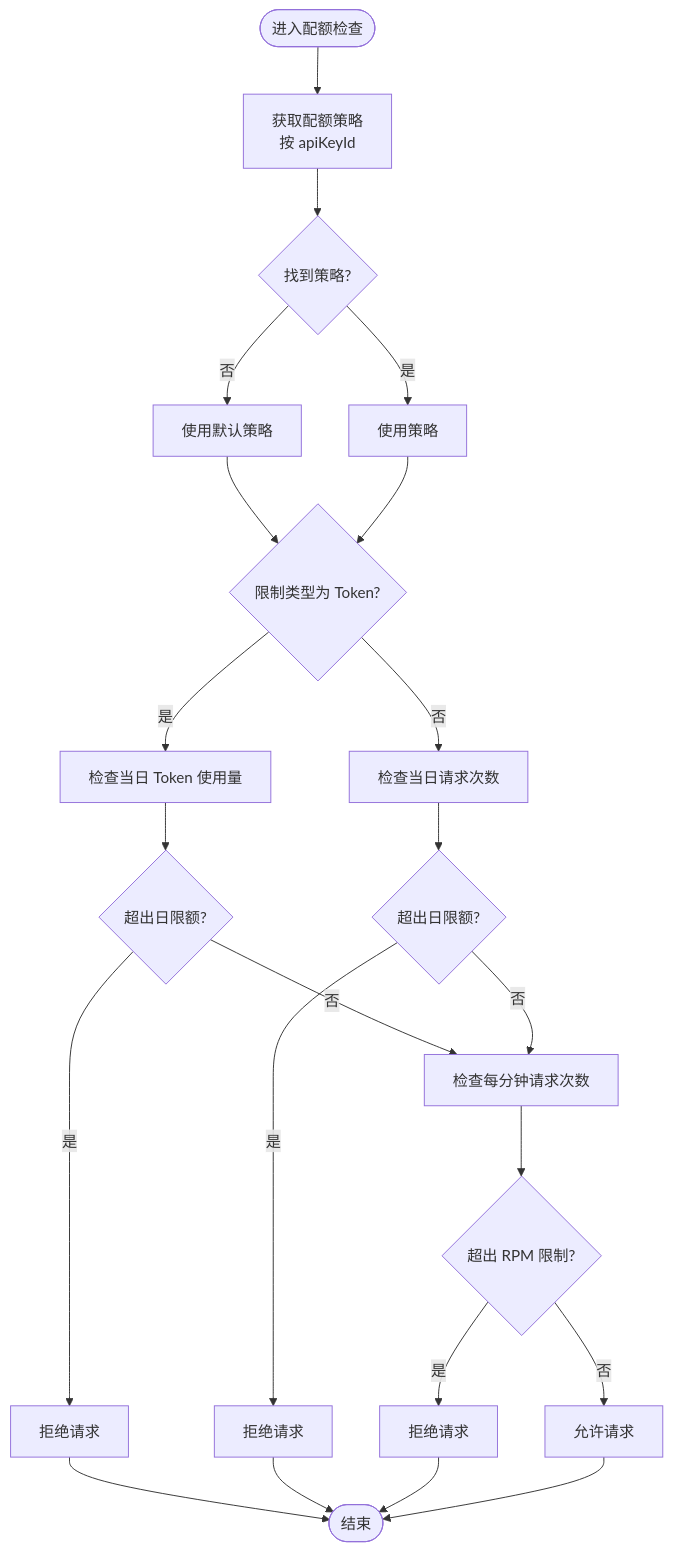
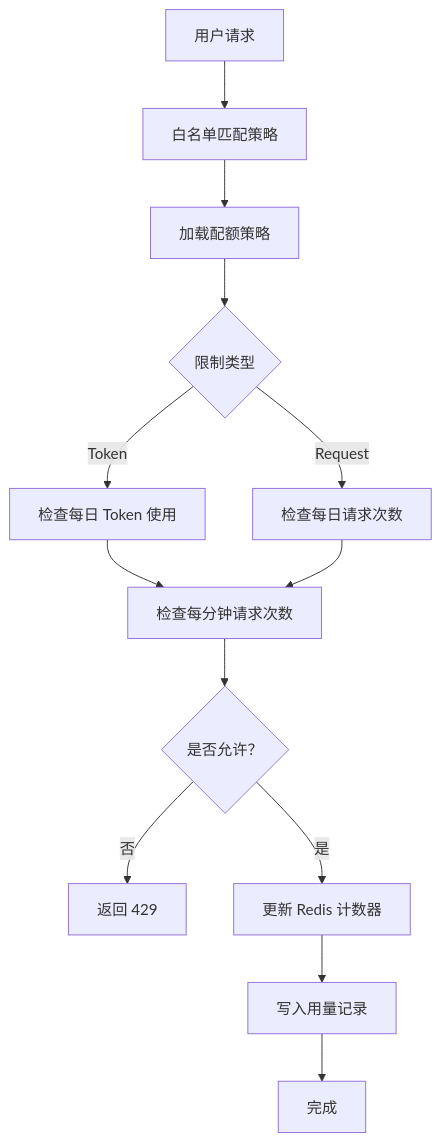
One commit to RadiumAg/AIGate changed the fourth of 6 diagrams in .qoder/repowiki/zh/content/项目概述.md. Above: the diagram before and after it, drawn with Mermaid. The commit also changed other lines of this file and 141 other files, not shown here.

````diff
--- a/.qoder/repowiki/zh/content/项目概述.md
+++ b/.qoder/repowiki/zh/content/项目概述.md
@@ -167,24 +205,15 @@
 ```mermaid
 flowchart TD
-Start(["进入配额检查"]) --> GetPolicy["获取配额策略<br/>按 apiKeyId"]
-GetPolicy --> PolicyFound{"找到策略?"}
-PolicyFound --> |否| UseDefault["使用默认策略"]
-PolicyFound --> |是| UsePolicy["使用策略"]
-UseDefault --> CheckTokenMode{"限制类型为 Token?"}
-UsePolicy --> CheckTokenMode
-CheckTokenMode --> |是| CheckDailyToken["检查当日 Token 使用量"]
-CheckDailyToken --> TokenExceeded{"超出日限额?"}
-TokenExceeded --> |是| DenyToken["拒绝请求"]
-TokenExceeded --> |否| CheckRPM["检查每分钟请求次数"]
-CheckTokenMode --> |否| CheckDailyReq["检查当日请求次数"]
-CheckDailyReq --> ReqExceeded{"超出日限额?"}
-ReqExceeded --> |是| DenyReq["拒绝请求"]
-ReqExceeded --> |否| CheckRPM
-CheckRPM --> RPMExceeded{"超出 RPM 限制?"}
-RPMExceeded --> |是| DenyRPM["拒绝请求"]
-RPMExceeded --> |否| Allow["允许请求"]
-DenyToken --> End(["结束"])
-DenyReq --> End
-DenyRPM --> End
-Allow --> End
+U["用户请求"] --> Match["白名单匹配策略"]
+Match --> Policy["加载配额策略"]
+Policy --> Mode{"限制类型"}
+Mode --> |Token| CheckDaily["检查每日 Token 使用"]
+Mode --> |Request| CheckReq["检查每日请求次数"]
+CheckDaily --> RPM["检查每分钟请求次数"]
+CheckReq --> RPM
+RPM --> Allow{"是否允许？"}
+Allow --> |否| Block["返回 429"]
+Allow --> |是| Update["更新 Redis 计数器"]
+Update --> Log["写入用量记录"]
+Log --> Done["完成"]
 ```
````
